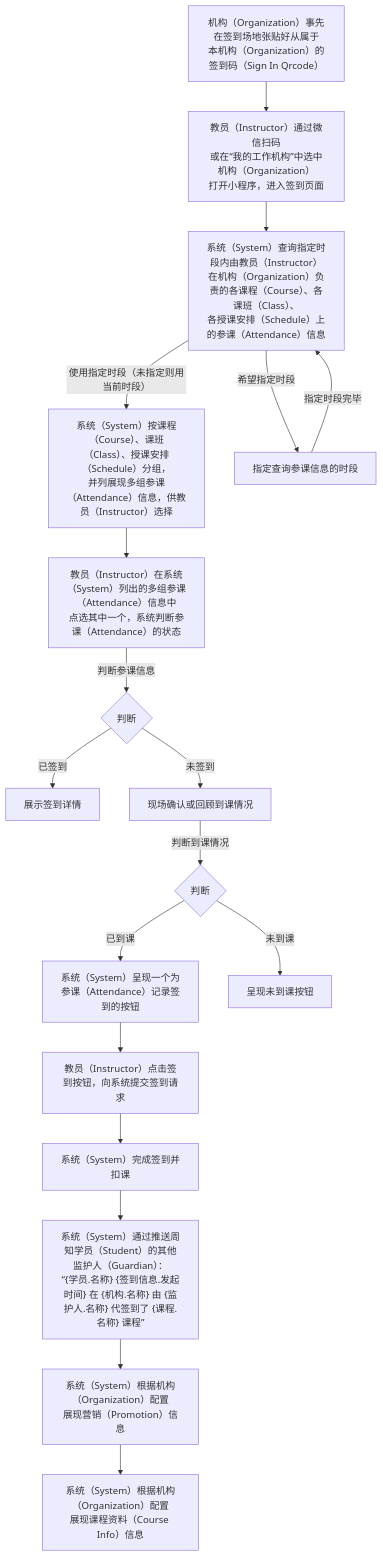
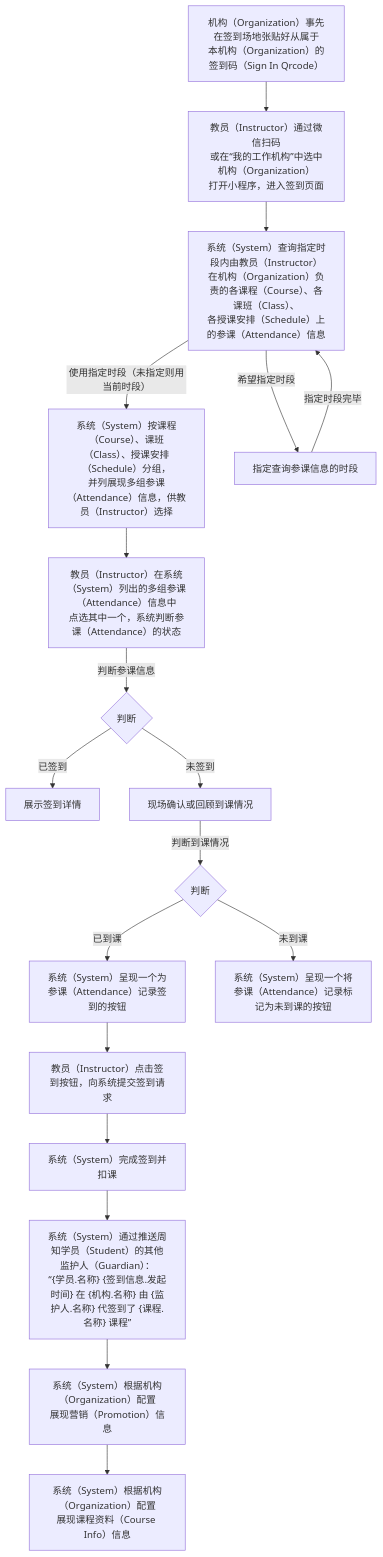
One commit to world-wide-web/sign changed the third of 3 diagrams in 用例/签到.md. Above: the diagram before and after it, drawn with Mermaid. The commit also changed other lines of this file, not shown here.

Commit message:
用例/签到.md updated from https://stackedit.io/

````diff
--- a/用例/签到.md
+++ b/用例/签到.md
@@ -82,49 +82,51 @@
 ```mermaid
 graph TD
 
 准备签到码-->扫描签到码
 扫描签到码-->列出负责的授课单元
 列出负责的授课单元--"使用指定时段（未指定则用当前时段）"-->展现授课单元下的参课信息
 列出负责的授课单元--希望指定时段-->指定查询参课信息的时段
 指定查询参课信息的时段--指定时段完毕-->列出负责的授课单元
 展现授课单元下的参课信息-->选择参课信息
 选择参课信息--判断参课信息-->判断参课信息
 判断参课信息--已签到-->展示签到详情
 判断参课信息--未签到-->现场确认或回顾到课情况
 现场确认或回顾到课情况--判断到课情况-->判断到课情况
 判断到课情况--已到课-->呈现签到按钮
 呈现签到按钮-->提交签到请求
 提交签到请求-->签到扣课
 签到扣课-->周知签到情况
 周知签到情况-->展示营销信息
 展示营销信息-->展示课程资料
 判断到课情况--未到课-->呈现未到课按钮
 
 准备签到码["<center>机构（Organization）事先在签到场地张贴好从属于<br>本机构（Organization）的签到码（Sign In Qrcode）</center>"]
 
 扫描签到码["<center>教员（Instructor）通过微信扫码<br>或在“我的工作机构”中选中机构（Organization）<br>打开小程序，进入签到页面</center>"]
 
 列出负责的授课单元["<center>系统（System）查询指定时段内由教员（Instructor）<br>在机构（Organization）负责的各课程（Course）、各课班（Class）、<br>各授课安排（Schedule）上的参课（Attendance）信息"]
 
 指定查询参课信息的时段
 
 展现授课单元下的参课信息["<center>系统（System）按课程（Course）、课班（Class）、授课安排（Schedule）分组，<br>并列展现多组参课（Attendance）信息，供教员（Instructor）选择</center>"]
 
 选择参课信息["<center>教员（Instructor）在系统（System）列出的多组参课（Attendance）信息中<br>点选其中一个，系统判断参课（Attendance）的状态</center>"]
 
 判断参课信息{"<center>判断</center>"}
 
 判断到课情况{"<center>判断</center>"}
 
 呈现签到按钮["<center>系统（System）呈现一个为参课（Attendance）记录签到的按钮</center>"]
 
 提交签到请求["<center>教员（Instructor）点击签到按钮，向系统提交签到请求</center>"]
 
 签到扣课["<center>系统（System）完成签到并扣课</center>"]
 
 周知签到情况["<center>系统（System）通过推送周知学员（Student）的其他监护人（Guardian）：<br>“{学员.名称} {签到信息.发起时间} 在 {机构.名称} 由 {监护人.名称} 代签到了 {课程.名称} 课程”</center>"]
 
 展示营销信息["<center>系统（System）根据机构（Organization）配置<br>展现营销（Promotion）信息</center>"]
 
 展示课程资料["<center>系统（System）根据机构（Organization）配置<br>展现课程资料（Course Info）信息</center>"]
+
+呈现未到课按钮["<center>系统（System）呈现一个将参课（Attendance）记录标记为未到课的按钮</center>"]
 ```
````
